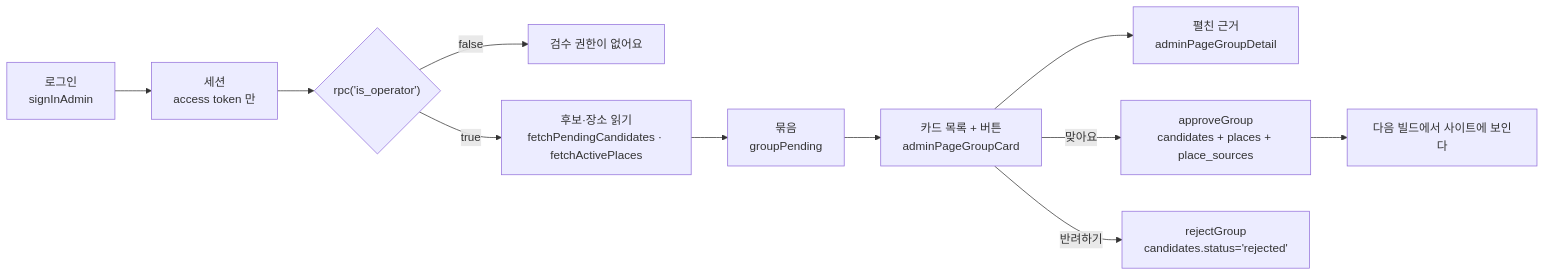
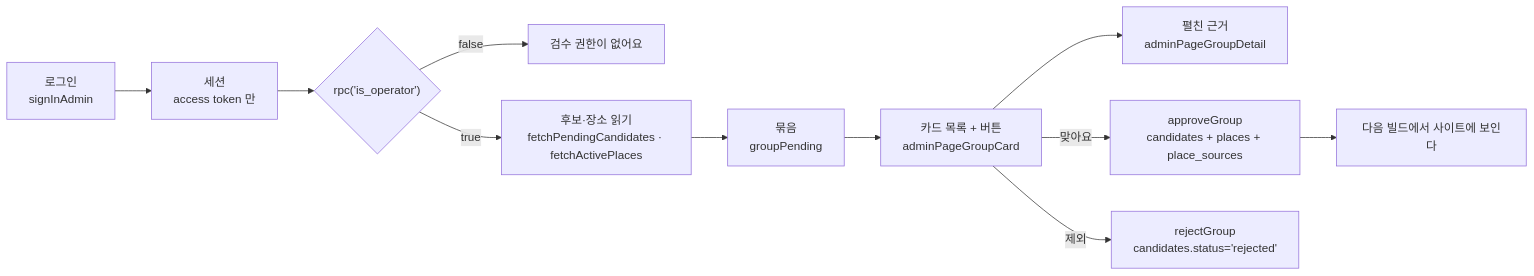
Before and after one commit to hoiya-woohyun/zgnn: the first of 2 diagrams in docs/features/admin-review.md, drawn with Mermaid. The commit also changed other lines of this file and 5 other files, not shown here.

````diff
--- a/docs/features/admin-review.md
+++ b/docs/features/admin-review.md
@@ -181,13 +181,13 @@
 ```mermaid
 flowchart LR
   L["로그인<br/>signInAdmin"] --> S["세션<br/>access token 만"]
   S --> OP{"rpc('is_operator')"}
   OP -->|false| NO["검수 권한이 없어요"]
   OP -->|true| F["후보·장소 읽기<br/>fetchPendingCandidates · fetchActivePlaces"]
   F --> G["묶음<br/>groupPending"]
   G --> C["카드 목록 + 버튼<br/>adminPageGroupCard"]
   C --> D["펼친 근거<br/>adminPageGroupDetail"]
   C -->|맞아요| A["approveGroup<br/>candidates + places + place_sources"]
-  C -->|반려하기| R["rejectGroup<br/>candidates.status='rejected'"]
+  C -->|제외| R["rejectGroup<br/>candidates.status='rejected'"]
   A --> B["다음 빌드에서 사이트에 보인다"]
 ```
````
